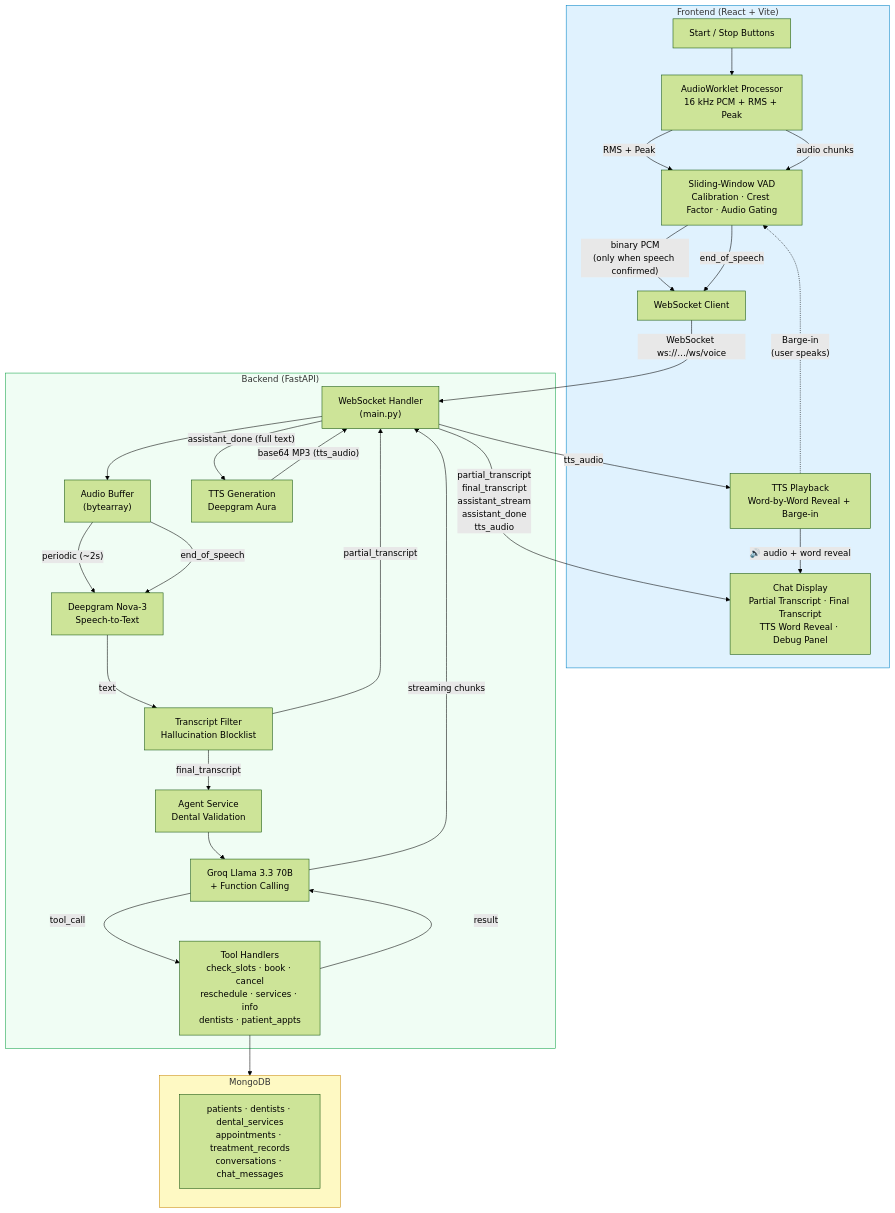
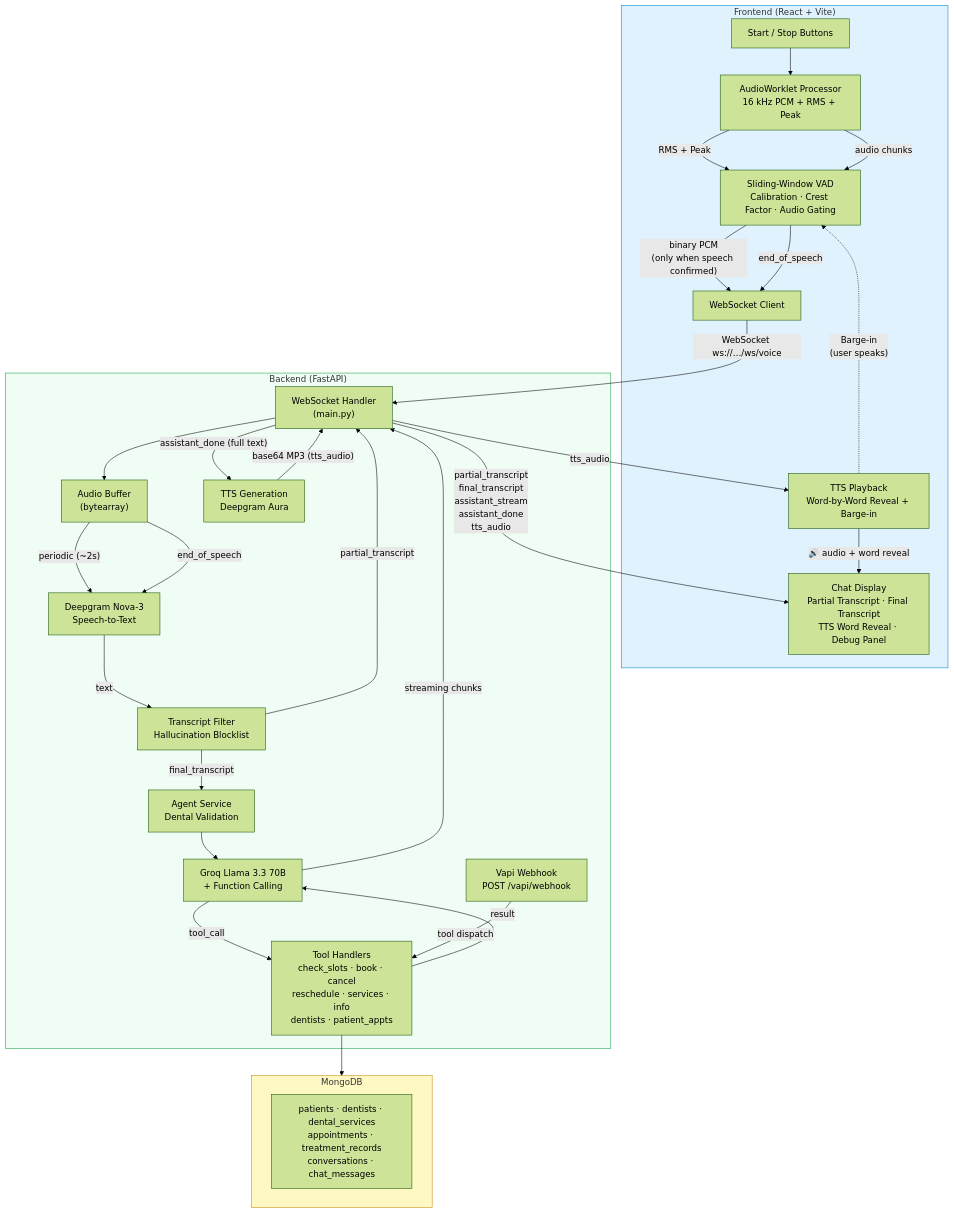
Before and after one commit to charanp2006/demo-voice-agent: the first of 6 diagrams in docs/ARCHITECTURE.md, drawn with Mermaid (forest theme). The commit also changed other lines of this file and 17 other files, not shown here.

````diff
--- a/docs/ARCHITECTURE.md
+++ b/docs/ARCHITECTURE.md
@@ -7,54 +7,56 @@
 ```mermaid
 graph TB
     subgraph Frontend["Frontend (React + Vite)"]
         UI["Start / Stop Buttons"]
         AW["AudioWorklet Processor<br/>16 kHz PCM + RMS + Peak"]
         VAD_FE["Sliding-Window VAD<br/>Calibration · Crest Factor · Audio Gating"]
         WSC["WebSocket Client"]
         TTS_P["TTS Playback<br/>Word-by-Word Reveal + Barge-in"]
         SD["Chat Display<br/>Partial Transcript · Final Transcript<br/>TTS Word Reveal · Debug Panel"]
     end
 
     subgraph Backend["Backend (FastAPI)"]
         WSH["WebSocket Handler<br/>(main.py)"]
         BUF["Audio Buffer<br/>(bytearray)"]
         STT["Deepgram Nova-3<br/>Speech-to-Text"]
         FILTER["Transcript Filter<br/>Hallucination Blocklist"]
         AGT["Agent Service<br/>Dental Validation"]
         LLM["Groq Llama 3.3 70B<br/>+ Function Calling"]
         TTS_GEN["TTS Generation<br/>Deepgram Aura"]
         TOOLS["Tool Handlers<br/>check_slots · book · cancel<br/>reschedule · services · info<br/>dentists · patient_appts"]
+        VAPI_WH["Vapi Webhook<br/>POST /vapi/webhook"]
     end
 
     subgraph DB["MongoDB"]
         COLS["patients · dentists · dental_services<br/>appointments · treatment_records<br/>conversations · chat_messages"]
     end
 
     UI --> AW
     AW -->|"RMS + Peak"| VAD_FE
     AW -->|"audio chunks"| VAD_FE
     VAD_FE -->|"binary PCM<br/>(only when speech confirmed)"| WSC
     VAD_FE -->|"end_of_speech"| WSC
     WSC -->|"WebSocket ws://…/ws/voice"| WSH
     WSH --> BUF
     BUF -->|"periodic (~2s)"| STT
     BUF -->|"end_of_speech"| STT
     STT -->|"text"| FILTER
     FILTER -->|"partial_transcript"| WSH
     FILTER -->|"final_transcript"| AGT
     AGT --> LLM
     LLM -->|"tool_call"| TOOLS
     TOOLS -->|"result"| LLM
     LLM -->|"streaming chunks"| WSH
     WSH -->|"assistant_done (full text)"| TTS_GEN
     TTS_GEN -->|"base64 MP3 (tts_audio)"| WSH
     TOOLS --> DB
     WSH -->|"partial_transcript<br/>final_transcript<br/>assistant_stream<br/>assistant_done<br/>tts_audio"| SD
     WSH -->|"tts_audio"| TTS_P
     TTS_P -->|"🔊 audio + word reveal"| SD
     TTS_P -.->|"Barge-in<br/>(user speaks)"| VAD_FE
+    VAPI_WH -->|"tool dispatch"| TOOLS
 
     style Frontend fill:#e0f2fe,stroke:#0284c7
     style Backend fill:#f0fdf4,stroke:#16a34a
     style DB fill:#fef9c3,stroke:#ca8a04
 ```
````
